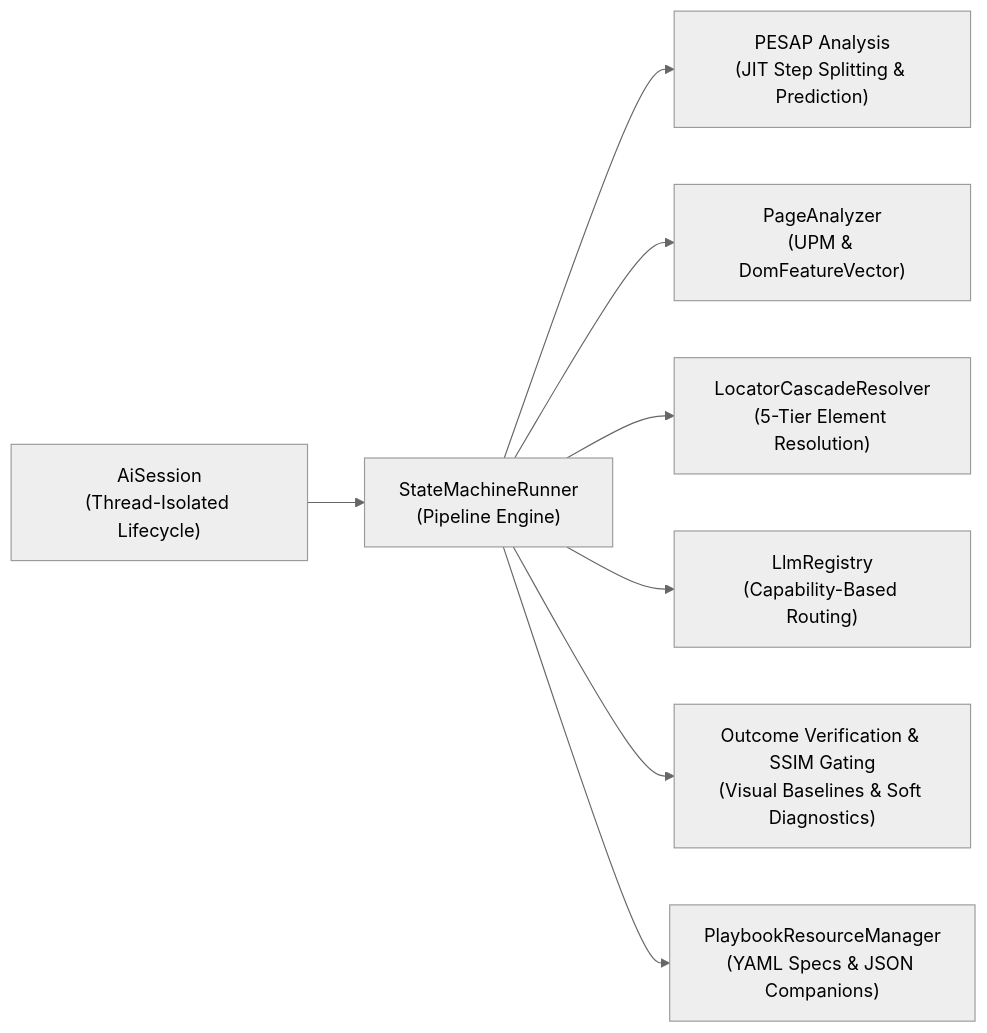
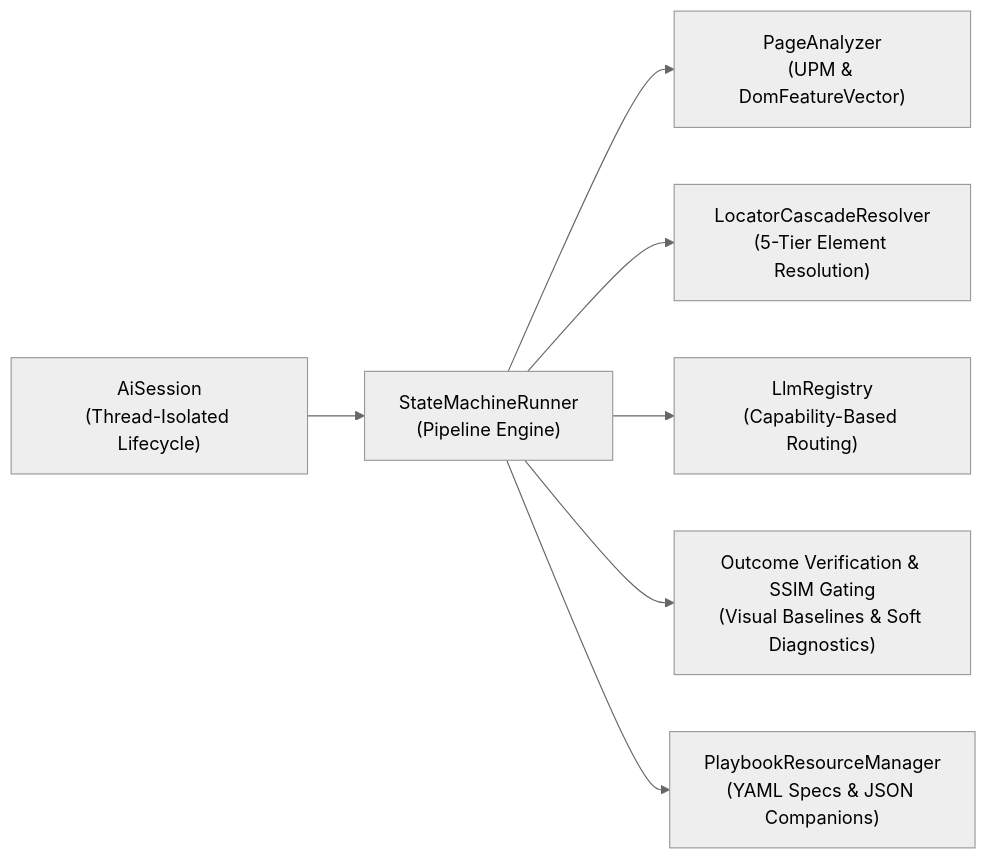
Before and after one commit to Xceptance/neodymium: the first of 2 diagrams in doc/DOCUMENTATION.md, drawn with Mermaid (neutral theme). The commit also changed other lines of this file and 109 other files, not shown here.

````diff
--- a/doc/DOCUMENTATION.md
+++ b/doc/DOCUMENTATION.md
@@ -70,10 +70,9 @@
 ```mermaid
 flowchart LR
     Session["AiSession<br/>(Thread-Isolated Lifecycle)"] --> Runner["StateMachineRunner<br/>(Pipeline Engine)"]
-    Runner --> PESAP["PESAP Analysis<br/>(JIT Step Splitting & Prediction)"]
     Runner --> Analyzer["PageAnalyzer<br/>(UPM & DomFeatureVector)"]
     Runner --> Cascade["LocatorCascadeResolver<br/>(5-Tier Element Resolution)"]
     Runner --> LLM["LlmRegistry<br/>(Capability-Based Routing)"]
     Runner --> Verifier["Outcome Verification & SSIM Gating<br/>(Visual Baselines & Soft Diagnostics)"]
     Runner --> Playbook["PlaybookResourceManager<br/>(YAML Specs & JSON Companions)"]
 ```
````
